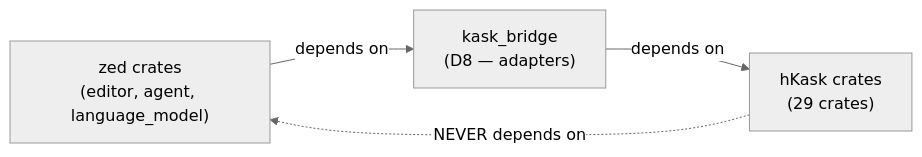
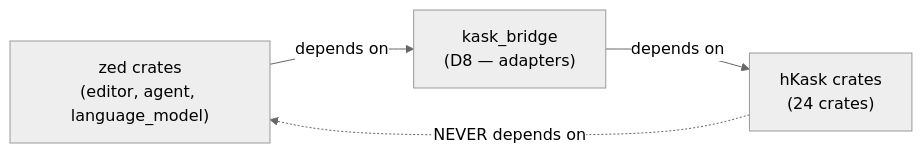
Before and after one commit to mdz-axo/zed-kask: the second of 2 diagrams in kask/docs/architecture/zed-kask-architecture.md, drawn with Mermaid (neutral theme). The commit also changed other lines of this file and 5 other files, not shown here.

````diff
--- a/kask/docs/architecture/zed-kask-architecture.md
+++ b/kask/docs/architecture/zed-kask-architecture.md
@@ -119,10 +150,10 @@
 ```mermaid
 flowchart LR
     Zed["zed crates<br/>(editor, agent, language_model)"]
     Bridge["kask_bridge<br/>(D8 — adapters)"]
-    HKask["hKask crates<br/>(29 crates)"]
+    HKask["hKask crates<br/>(24 crates)"]
 
     Zed -->|"depends on"| Bridge
     Bridge -->|"depends on"| HKask
     HKask -.->|"NEVER depends on"| Zed
 ```
````
